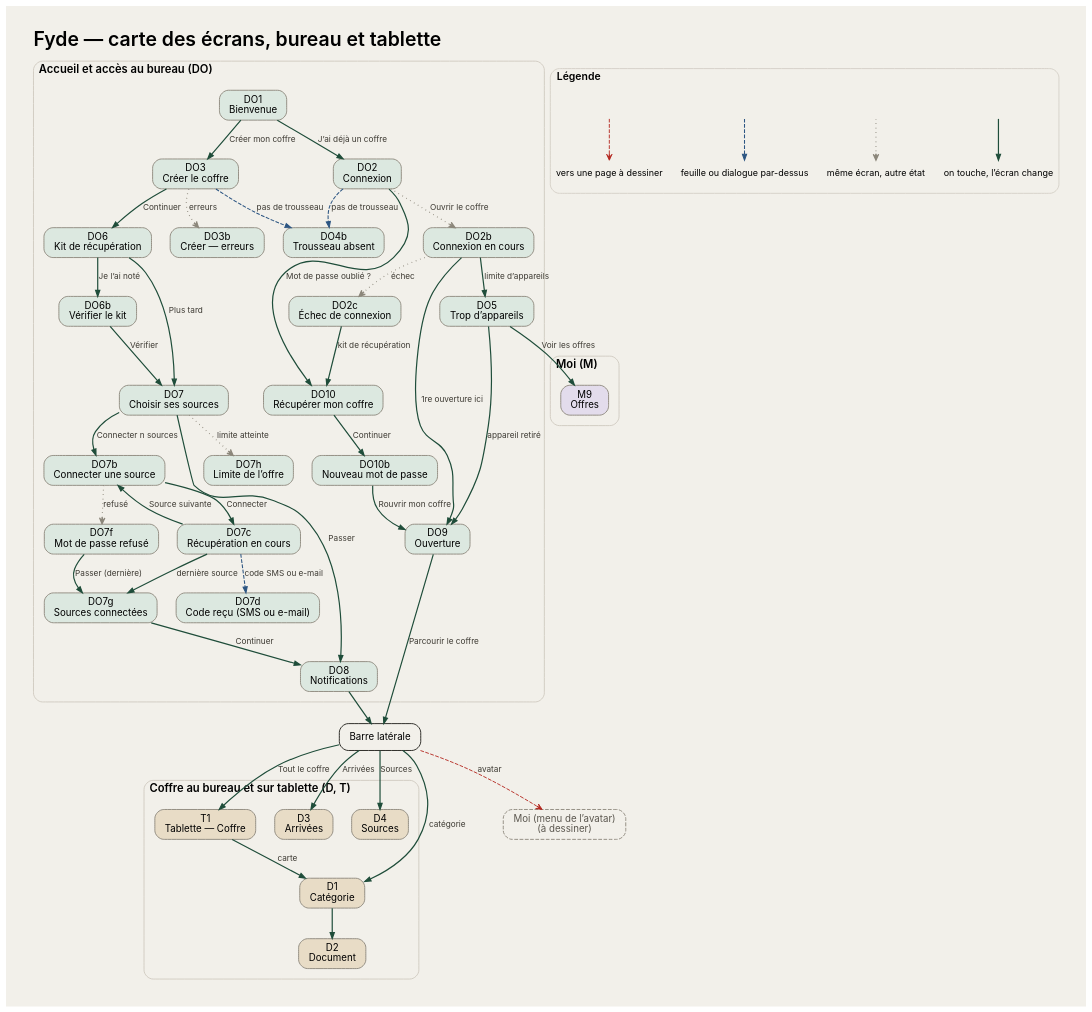
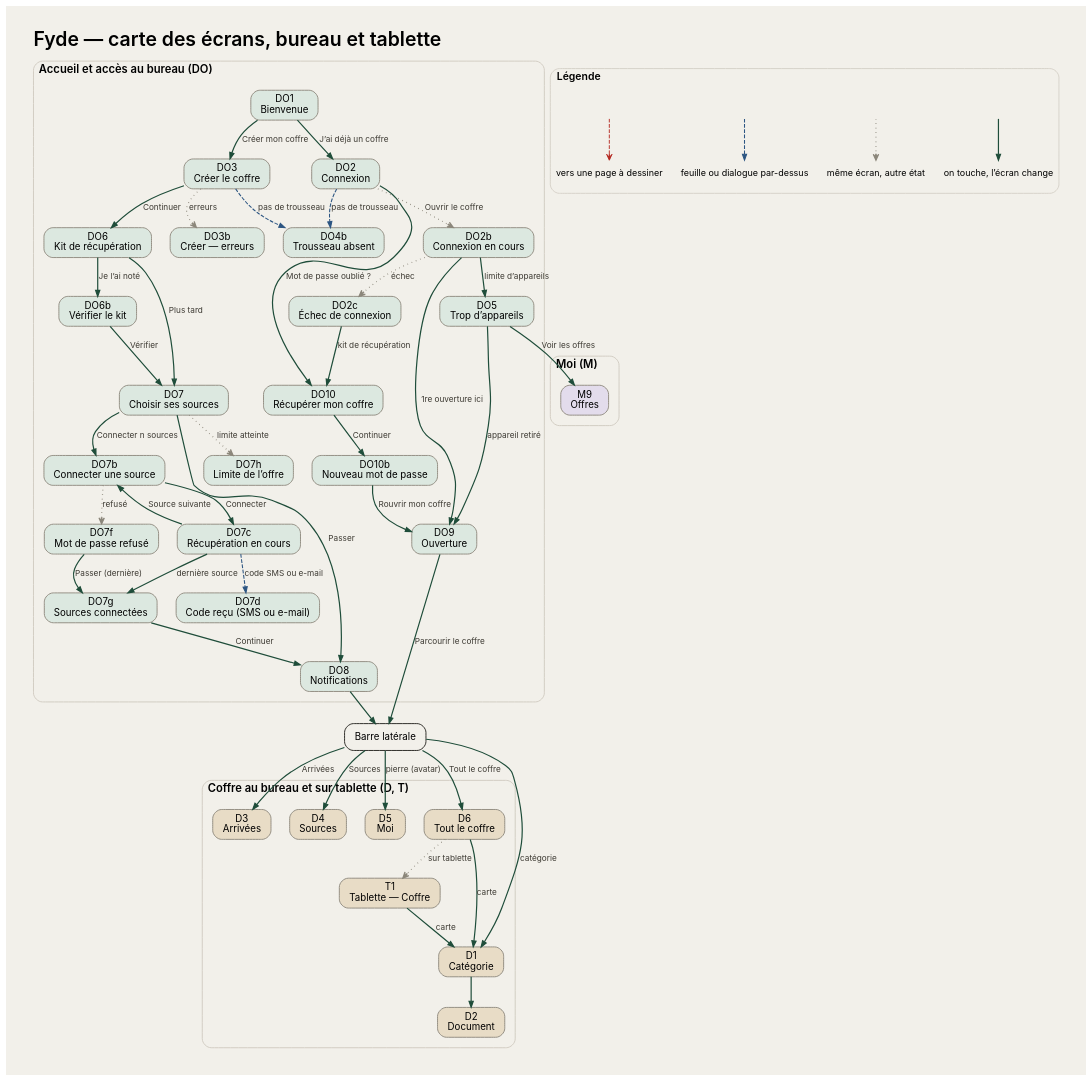
One commit to fyde-lab/application changed the diagram in design/assets/maps/carte-bureau.dot. Above: the diagram before and after it, drawn with Graphviz. The commit also changed 17 other files, not shown here.

First line of the commit message:
Give desktop its Moi and Tout le coffre screens

```diff
--- a/design/assets/maps/carte-bureau.dot
+++ b/design/assets/maps/carte-bureau.dot
@@ -1,86 +1,89 @@
 digraph "carte-bureau" {
 rankdir=TB; newrank=true; compound=true; nodesep=0.35; ranksep=0.55;
 label="Fyde — carte des écrans, bureau et tablette"; labelloc=t; labeljust=l; fontsize=26; fontname="Inter SemiBold"; pad=0.4; bgcolor="#F2F0EA";
 node [fontname="Inter" fontsize=13 margin="0.18,0.08" penwidth=1.2];
 edge [fontname="Inter" fontsize=11 fontcolor="#3d3a33" arrowsize=0.8];
 subgraph "cluster_moi" { label="Moi (M)"; fontname="Inter SemiBold"; fontsize=15; style="rounded"; color="#CFCAC0"; penwidth=1.2; margin=14;
   "M9" [label="M9\nOffres" shape=box style="rounded,filled" color="#8C877B" fillcolor="#E3DCEC"];
 }
 subgraph "cluster_donb" { label="Accueil et accès au bureau (DO)"; fontname="Inter SemiBold"; fontsize=15; style="rounded"; color="#CFCAC0"; penwidth=1.2; margin=14;
   "DO1" [label="DO1\nBienvenue" shape=box style="rounded,filled" color="#8C877B" fillcolor="#DCE8E0"];
   "DO2" [label="DO2\nConnexion" shape=box style="rounded,filled" color="#8C877B" fillcolor="#DCE8E0"];
   "DO2b" [label="DO2b\nConnexion en cours" shape=box style="rounded,filled" color="#8C877B" fillcolor="#DCE8E0"];
   "DO2c" [label="DO2c\nÉchec de connexion" shape=box style="rounded,filled" color="#8C877B" fillcolor="#DCE8E0"];
   "DO3" [label="DO3\nCréer le coffre" shape=box style="rounded,filled" color="#8C877B" fillcolor="#DCE8E0"];
   "DO3b" [label="DO3b\nCréer — erreurs" shape=box style="rounded,filled" color="#8C877B" fillcolor="#DCE8E0"];
   "DO4b" [label="DO4b\nTrousseau absent" shape=box style="rounded,filled" color="#8C877B" fillcolor="#DCE8E0"];
   "DO5" [label="DO5\nTrop d’appareils" shape=box style="rounded,filled" color="#8C877B" fillcolor="#DCE8E0"];
   "DO6" [label="DO6\nKit de récupération" shape=box style="rounded,filled" color="#8C877B" fillcolor="#DCE8E0"];
   "DO6b" [label="DO6b\nVérifier le kit" shape=box style="rounded,filled" color="#8C877B" fillcolor="#DCE8E0"];
   "DO7" [label="DO7\nChoisir ses sources" shape=box style="rounded,filled" color="#8C877B" fillcolor="#DCE8E0"];
   "DO7h" [label="DO7h\nLimite de l’offre" shape=box style="rounded,filled" color="#8C877B" fillcolor="#DCE8E0"];
   "DO7b" [label="DO7b\nConnecter une source" shape=box style="rounded,filled" color="#8C877B" fillcolor="#DCE8E0"];
   "DO7c" [label="DO7c\nRécupération en cours" shape=box style="rounded,filled" color="#8C877B" fillcolor="#DCE8E0"];
   "DO7d" [label="DO7d\nCode reçu (SMS ou e-mail)" shape=box style="rounded,filled" color="#8C877B" fillcolor="#DCE8E0"];
   "DO7f" [label="DO7f\nMot de passe refusé" shape=box style="rounded,filled" color="#8C877B" fillcolor="#DCE8E0"];
   "DO7g" [label="DO7g\nSources connectées" shape=box style="rounded,filled" color="#8C877B" fillcolor="#DCE8E0"];
   "DO8" [label="DO8\nNotifications" shape=box style="rounded,filled" color="#8C877B" fillcolor="#DCE8E0"];
   "DO9" [label="DO9\nOuverture" shape=box style="rounded,filled" color="#8C877B" fillcolor="#DCE8E0"];
   "DO10" [label="DO10\nRécupérer mon coffre" shape=box style="rounded,filled" color="#8C877B" fillcolor="#DCE8E0"];
   "DO10b" [label="DO10b\nNouveau mot de passe" shape=box style="rounded,filled" color="#8C877B" fillcolor="#DCE8E0"];
 }
 "SIDE" [label="Barre latérale" shape=box style="rounded,bold" color="#1C1B17" fillcolor="#FFFFFF"];
 subgraph "cluster_dapp" { label="Coffre au bureau et sur tablette (D, T)"; fontname="Inter SemiBold"; fontsize=15; style="rounded"; color="#CFCAC0"; penwidth=1.2; margin=14;
   "T1" [label="T1\nTablette — Coffre" shape=box style="rounded,filled" color="#8C877B" fillcolor="#E8DCC6"];
   "D1" [label="D1\nCatégorie" shape=box style="rounded,filled" color="#8C877B" fillcolor="#E8DCC6"];
   "D2" [label="D2\nDocument" shape=box style="rounded,filled" color="#8C877B" fillcolor="#E8DCC6"];
   "D3" [label="D3\nArrivées" shape=box style="rounded,filled" color="#8C877B" fillcolor="#E8DCC6"];
   "D4" [label="D4\nSources" shape=box style="rounded,filled" color="#8C877B" fillcolor="#E8DCC6"];
+  "D5" [label="D5\nMoi" shape=box style="rounded,filled" color="#8C877B" fillcolor="#E8DCC6"];
+  "D6" [label="D6\nTout le coffre" shape=box style="rounded,filled" color="#8C877B" fillcolor="#E8DCC6"];
 }
-"DMOI" [label="Moi (menu de l’avatar)\n(à dessiner)" shape=box style="rounded,dashed,filled" color="#8C877B" fillcolor="#F2F0EA" fontcolor="#5B574F"];
 "DO1" -> "DO2" [color="#1F4D3A" penwidth=1.6 label="J’ai déjà un coffre"];
 "DO1" -> "DO3" [color="#1F4D3A" penwidth=1.6 label="Créer mon coffre"];
 "DO2" -> "DO2b" [color="#8C877B" style=dotted penwidth=1.6 arrowhead=open label="Ouvrir le coffre"];
 "DO2b" -> "DO2c" [color="#8C877B" style=dotted penwidth=1.6 arrowhead=open label="échec"];
 "DO2" -> "DO4b" [color="#2C5582" style=dashed penwidth=1.4 label="pas de trousseau"];
 "DO2b" -> "DO5" [color="#1F4D3A" penwidth=1.6 label="limite d’appareils"];
 "DO2b" -> "DO9" [color="#1F4D3A" penwidth=1.6 label="1re ouverture ici"];
 "DO5" -> "DO9" [color="#1F4D3A" penwidth=1.6 label="appareil retiré"];
 "DO5" -> "M9" [color="#1F4D3A" penwidth=1.6 label="Voir les offres"];
 "DO2c" -> "DO10" [color="#1F4D3A" penwidth=1.6 label="kit de récupération"];
 "DO2" -> "DO10" [color="#1F4D3A" penwidth=1.6 label="Mot de passe oublié ?"];
 "DO10" -> "DO10b" [color="#1F4D3A" penwidth=1.6 label="Continuer"];
 "DO10b" -> "DO9" [color="#1F4D3A" penwidth=1.6 label="Rouvrir mon coffre"];
 "DO3" -> "DO3b" [color="#8C877B" style=dotted penwidth=1.6 arrowhead=open label="erreurs"];
 "DO3" -> "DO4b" [color="#2C5582" style=dashed penwidth=1.4 label="pas de trousseau"];
 "DO3" -> "DO6" [color="#1F4D3A" penwidth=1.6 label="Continuer"];
 "DO6" -> "DO6b" [color="#1F4D3A" penwidth=1.6 label="Je l’ai noté"];
 "DO6b" -> "DO7" [color="#1F4D3A" penwidth=1.6 label="Vérifier"];
 "DO6" -> "DO7" [color="#1F4D3A" penwidth=1.6 label="Plus tard"];
 "DO7" -> "DO7h" [color="#8C877B" style=dotted penwidth=1.6 arrowhead=open label="limite atteinte"];
 "DO7" -> "DO7b" [color="#1F4D3A" penwidth=1.6 label="Connecter n sources"];
 "DO7" -> "DO8" [color="#1F4D3A" penwidth=1.6 label="Passer"];
 "DO7b" -> "DO7c" [color="#1F4D3A" penwidth=1.6 label="Connecter"];
 "DO7b" -> "DO7f" [color="#8C877B" style=dotted penwidth=1.6 arrowhead=open label="refusé"];
 "DO7c" -> "DO7d" [color="#2C5582" style=dashed penwidth=1.4 label="code SMS ou e-mail"];
 "DO7c" -> "DO7b" [color="#1F4D3A" penwidth=1.6 label="Source suivante"];
 "DO7c" -> "DO7g" [color="#1F4D3A" penwidth=1.6 label="dernière source"];
 "DO7f" -> "DO7g" [color="#1F4D3A" penwidth=1.6 label="Passer (dernière)"];
 "DO7g" -> "DO8" [color="#1F4D3A" penwidth=1.6 label="Continuer"];
 "DO8" -> "SIDE" [color="#1F4D3A" penwidth=1.6];
 "DO9" -> "SIDE" [color="#1F4D3A" penwidth=1.6 label="Parcourir le coffre"];
-"SIDE" -> "T1" [color="#1F4D3A" penwidth=1.6 label="Tout le coffre"];
+"SIDE" -> "D6" [color="#1F4D3A" penwidth=1.6 label="Tout le coffre"];
+"D6" -> "T1" [color="#8C877B" style=dotted penwidth=1.6 arrowhead=open label="sur tablette"];
+"D6" -> "D1" [color="#1F4D3A" penwidth=1.6 label="carte"];
 "SIDE" -> "D1" [color="#1F4D3A" penwidth=1.6 label="catégorie"];
 "SIDE" -> "D3" [color="#1F4D3A" penwidth=1.6 label="Arrivées"];
 "SIDE" -> "D4" [color="#1F4D3A" penwidth=1.6 label="Sources"];
-"SIDE" -> "DMOI" [color="#B3261E" style=dashed penwidth=1.2 arrowhead=open label="avatar"];
+"SIDE" -> "D5" [color="#1F4D3A" penwidth=1.6 label="pierre (avatar)"];
 "D1" -> "D2" [color="#1F4D3A" penwidth=1.6];
 "T1" -> "D1" [color="#1F4D3A" penwidth=1.6 label="carte"];
 subgraph cluster_legend { label="Légende"; fontname="Inter SemiBold"; fontsize=14; style=rounded; color="#CFCAC0";
   node [shape=plaintext fontsize=12 margin=0];
   la [label=""]; lb [label="on touche, l’écran change"]; lc [label=""]; ld [label="même écran, autre état"];
   le [label=""]; lf [label="feuille ou dialogue par-dessus"]; lg [label=""]; lh [label="vers une page à dessiner"];
   la -> lb [color="#1F4D3A" penwidth=1.6]; lc -> ld [color="#8C877B" style=dotted penwidth=1.6 arrowhead=open];
   le -> lf [color="#2C5582" style=dashed penwidth=1.4]; lg -> lh [color="#B3261E" style=dashed penwidth=1.2 arrowhead=open];
 }
 }
```
